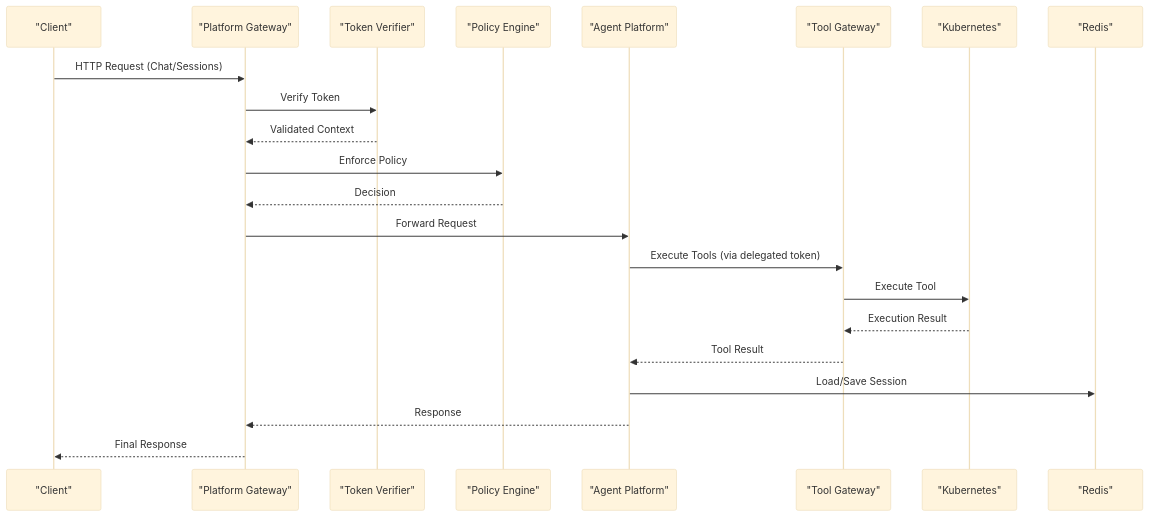
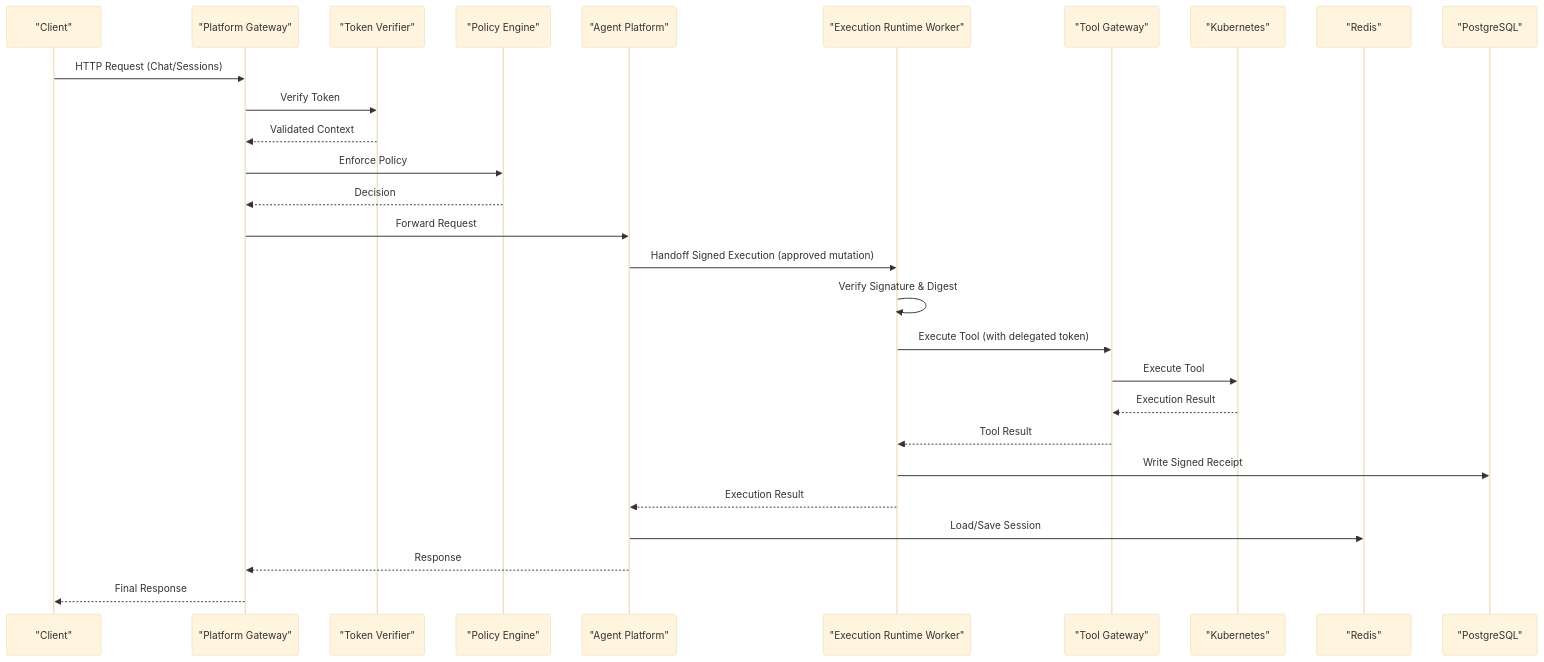
The second of 9 diagrams in .qoder/repowiki/en/content/Architecture Documentation/Architecture Documentation.md (metasync/luban-aiops), drawn with Mermaid (base theme) before and after one commit. The commit also changed other lines of this file and 5 other files, not shown here.

````diff
--- a/.qoder/repowiki/en/content/Architecture Documentation/Architecture Documentation.md
+++ b/.qoder/repowiki/en/content/Architecture Documentation/Architecture Documentation.md
@@ -180,24 +208,30 @@
 ```mermaid
 sequenceDiagram
 participant Client as "Client"
 participant Portal as "Platform Gateway"
 participant Auth as "Token Verifier"
 participant Policy as "Policy Engine"
 participant Agent as "Agent Platform"
+participant Worker as "Execution Runtime Worker"
 participant ToolGW as "Tool Gateway"
 participant K8S as "Kubernetes"
 participant Redis as "Redis"
+participant Postgres as "PostgreSQL"
 Client->>Portal : HTTP Request (Chat/Sessions)
 Portal->>Auth : Verify Token
 Auth-->>Portal : Validated Context
 Portal->>Policy : Enforce Policy
 Policy-->>Portal : Decision
 Portal->>Agent : Forward Request
-Agent->>ToolGW : Execute Tools (via delegated token)
+Agent->>Worker : Handoff Signed Execution (approved mutation)
+Worker->>Worker : Verify Signature & Digest
+Worker->>ToolGW : Execute Tool (with delegated token)
 ToolGW->>K8S : Execute Tool
 K8S-->>ToolGW : Execution Result
-ToolGW-->>Agent : Tool Result
+ToolGW-->>Worker : Tool Result
+Worker->>Postgres : Write Signed Receipt
+Worker-->>Agent : Execution Result
 Agent->>Redis : Load/Save Session
 Agent-->>Portal : Response
 Portal-->>Client : Final Response
 ```
````
